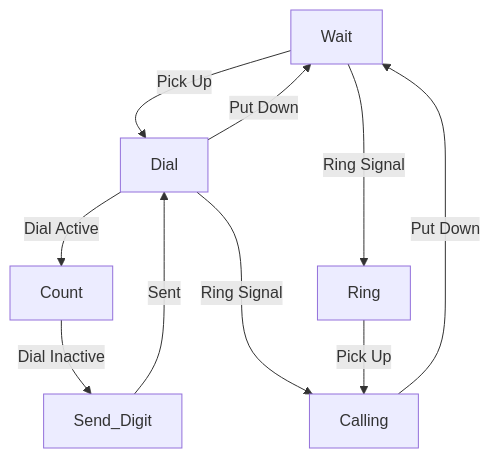
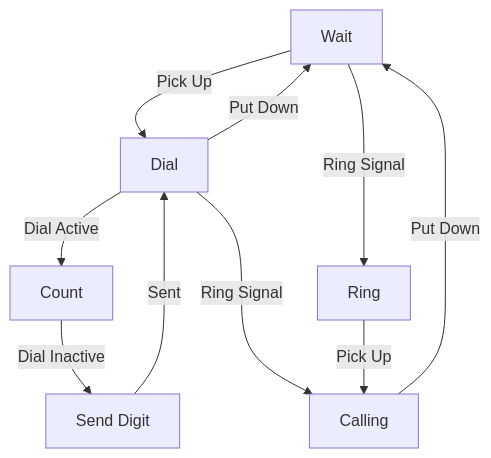
The diagram in src/avr/README.md (andy-preston/gpo-746-android), drawn with Mermaid before and after one commit. The commit also changed 10 other files, not shown here.

````diff
--- a/src/avr/README.md
+++ b/src/avr/README.md
@@ -13,12 +13,12 @@
 ```mermaid
 graph TD
-    Wait -->|Pick Up| Dial
-    Wait -->|Ring Signal| Ring
-    Dial -->|Dial Active| Count
-    Dial --->|Ring Signal| Calling
-    Dial -->|Put Down| Wait
-    Count -->|Dial Inactive| Send_Digit
-    Send_Digit -->|Sent| Dial
-    Ring -->|Pick Up| Calling
-    Calling -->|Put Down| Wait
+    Wait-->|Pick Up|Dial
+    Wait-->|Ring Signal|Ring
+    Dial-->|Dial Active|Count
+    Dial--->|Ring Signal|Calling
+    Dial-->|Put Down|Wait
+    Count-->|Dial Inactive|sd[Send Digit]
+    sd[Send Digit]-->|Sent|Dial
+    Ring-->|Pick Up|Calling
+    Calling-->|Put Down|Wait
 ```
````
